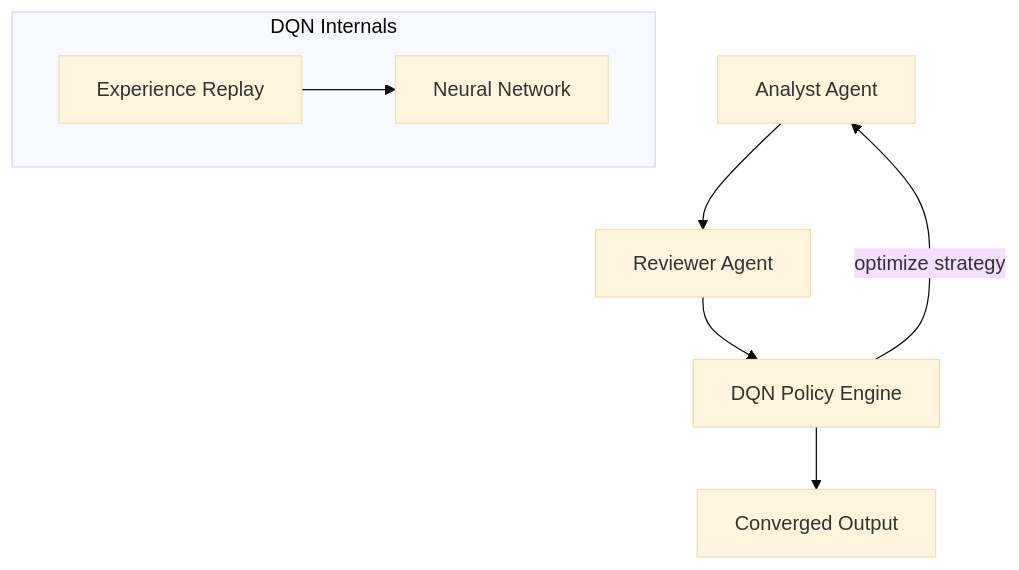
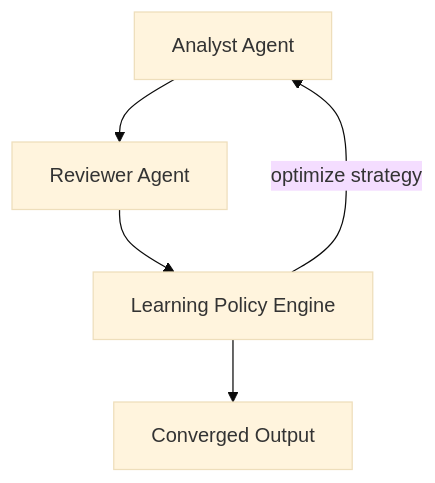
One commit to intelliswarm-ai/swarm-ai-examples changed the diagram in deep-reinforcement-learning-dqn/README.md. Above: the diagram before and after it, drawn with Mermaid (base theme). The commit also changed other lines of this file and 2 other files, not shown here.

Commit message:
Replace stale DeepRLPolicy example with adaptive policy workflow

````diff
--- a/deep-reinforcement-learning-dqn/README.md
+++ b/deep-reinforcement-learning-dqn/README.md
@@ -7,12 +7,7 @@
 ```mermaid
 graph TD
     A[Analyst Agent] --> R[Reviewer Agent]
-    R --> DQN[DQN Policy Engine]
-    DQN -->|optimize strategy| A
-    DQN --> OUT[Converged Output]
-    subgraph DQN Internals
-        ER[Experience Replay]
-        NN[Neural Network]
-        ER --> NN
-    end
+    R --> LP[Learning Policy Engine]
+    LP -->|optimize strategy| A
+    LP --> OUT[Converged Output]
 ```
````
